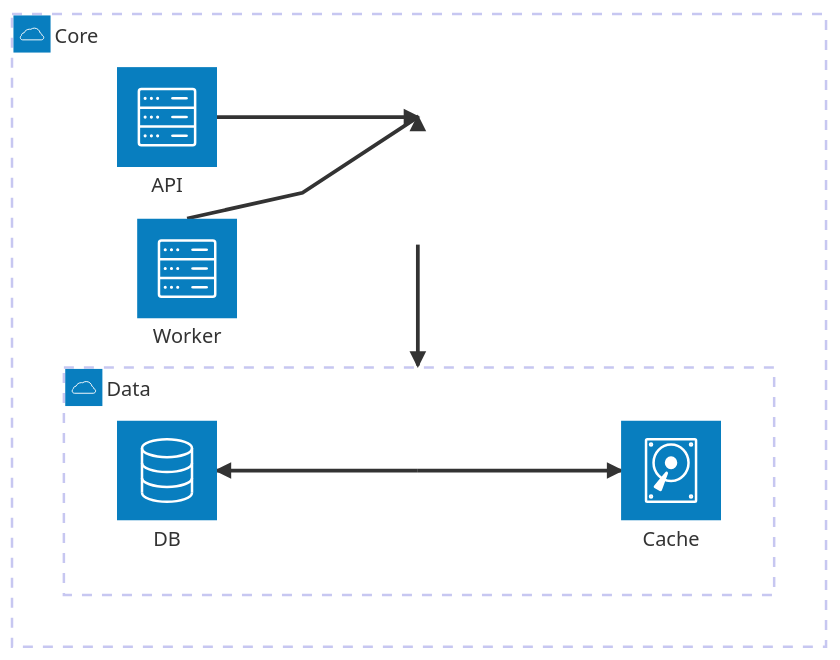
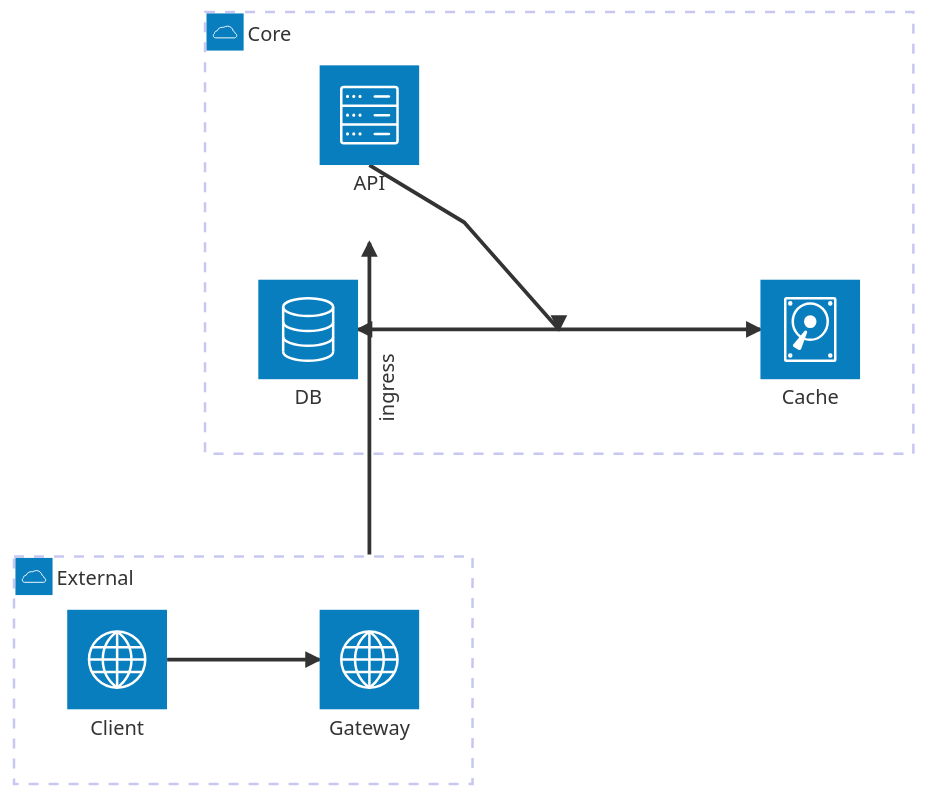
One commit to Latias94/merman changed the first of 4 diagrams in README.md. Above: the diagram before and after it, drawn with Mermaid. The commit also changed other lines of this file and 1 other file, not shown here.

Commit message:
docs(readme): replace architecture showcase fixture

````diff
--- a/README.md
+++ b/README.md
@@ -180,22 +180,23 @@
 ```mermaid
 architecture-beta
-%% Authored stress fixture (Mermaid@11.12.2): nested junctions + multi-hop routing.
+%% Authored stress fixture (Mermaid@11.12.2): junction fanout + group boundary traversal.
 
 group core(cloud)[Core]
-group data(cloud)[Data] in core
+group ext(cloud)[External]
 
 service api(server)[API] in core
-service worker(server)[Worker] in core
-service db(database)[DB] in data
-service cache(disk)[Cache] in data
+service db(database)[DB] in core
+service cache(disk)[Cache] in core
 
-junction j1 in core
-junction j2 in data
+service gw(internet)[Gateway] in ext
+service client(internet)[Client] in ext
 
-api:R --> L:j1
-worker:T --> B:j1
+junction hub in core
 
-j1{group}:B --> T:j2{group}
-j2:L --> R:db
-j2:R --> L:cache
+api:B --> T:hub
+hub:L --> R:db
+hub:R --> L:cache
+
+client:R --> L:gw
+gw{group}:T -[ingress]-> B:api{group}
 ```
````
